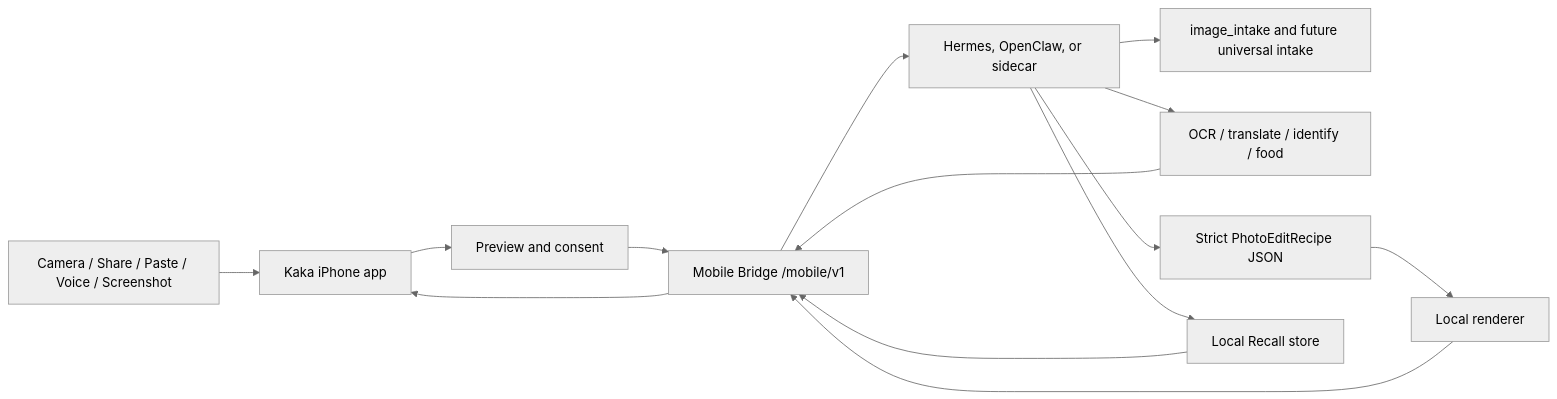
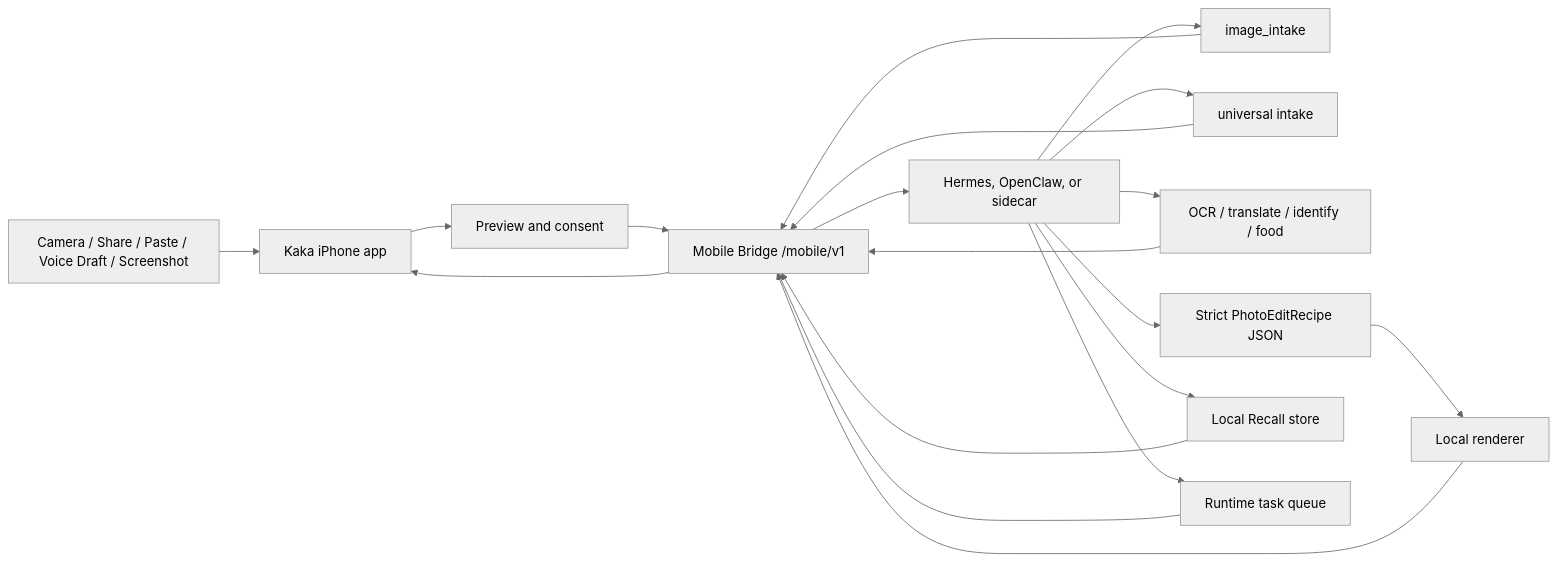
One commit to MightyKartz/kaka changed the diagram in README.md. Above: the diagram before and after it, drawn with Mermaid (neutral theme). The commit also changed other lines of this file and 62 other files, not shown here.

````diff
--- a/README.md
+++ b/README.md
@@ -50,16 +99,21 @@
 ```mermaid
 flowchart LR
-  Inputs["Camera / Share / Paste / Voice / Screenshot"] --> Phone["Kaka iPhone app"]
+  Inputs["Camera / Share / Paste / Voice Draft / Screenshot"] --> Phone["Kaka iPhone app"]
   Phone --> Consent["Preview and consent"]
   Consent --> Bridge["Mobile Bridge /mobile/v1"]
   Bridge --> Runtime["Hermes, OpenClaw, or sidecar"]
-  Runtime --> Intake["image_intake and future universal intake"]
+  Runtime --> ImageIntake["image_intake"]
+  Runtime --> Universal["universal intake"]
   Runtime --> Vision["OCR / translate / identify / food"]
   Runtime --> Recipe["Strict PhotoEditRecipe JSON"]
-  Runtime --> Memory["Local Recall store"]
+  Runtime --> Recall["Local Recall store"]
+  Runtime --> Tasks["Runtime task queue"]
   Recipe --> Renderer["Local renderer"]
+  ImageIntake --> Bridge
+  Universal --> Bridge
   Vision --> Bridge
   Renderer --> Bridge
-  Memory --> Bridge
+  Recall --> Bridge
+  Tasks --> Bridge
   Bridge --> Phone
 ```
````
